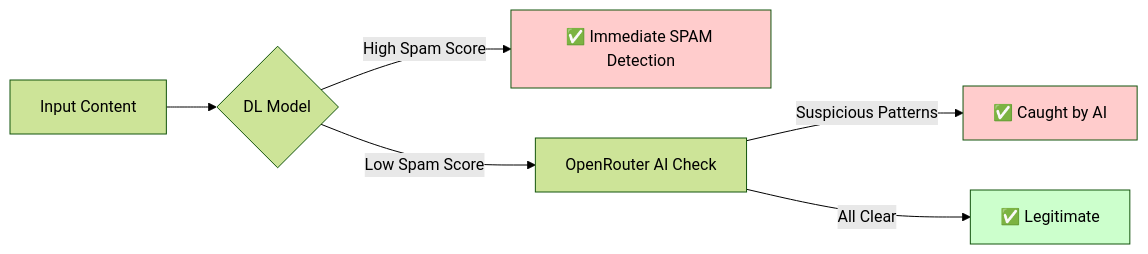
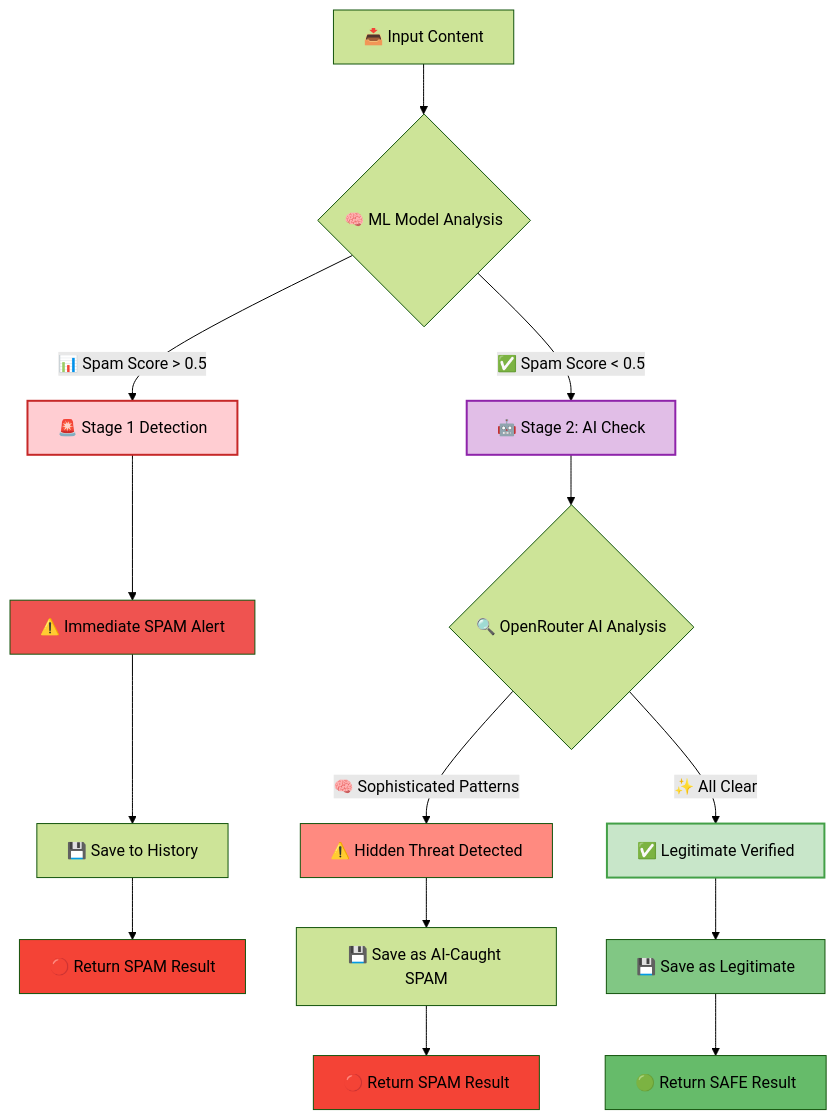
One commit to ubvc04/Spam-Detection changed the fifth of 20 diagrams in README.md. Above: the diagram before and after it, drawn with Mermaid (forest theme). The commit also changed other lines of this file and 3 other files, not shown here.

````diff
--- a/README.md
+++ b/README.md
@@ -156,12 +361,30 @@
 ```mermaid
-graph LR
-    A[Input Content] --> B{DL Model}
-    B -->|High Spam Score| C[✅ Immediate SPAM Detection]
-    B -->|Low Spam Score| D[OpenRouter AI Check]
-    D -->|Suspicious Patterns| E[✅ Caught by AI]
-    D -->|All Clear| F[✅ Legitimate]
+graph TD
+    A[📥 Input Content] --> B{🧠 ML Model Analysis}
     
-    style C fill:#ffcccc
-    style E fill:#ffcccc
-    style F fill:#ccffcc
+    B -->|📊 Spam Score > 0.5| C[🚨 Stage 1 Detection]
+    C --> D[⚠️ Immediate SPAM Alert]
+    D --> E[💾 Save to History]
+    E --> F[🔴 Return SPAM Result]
+    
+    B -->|✅ Spam Score < 0.5| G[🤖 Stage 2: AI Check]
+    G --> H{🔍 OpenRouter AI Analysis}
+    
+    H -->|🧠 Sophisticated Patterns| I[⚠️ Hidden Threat Detected]
+    I --> J[💾 Save as AI-Caught SPAM]
+    J --> K[🔴 Return SPAM Result]
+    
+    H -->|✨ All Clear| L[✅ Legitimate Verified]
+    L --> M[💾 Save as Legitimate]
+    M --> N[🟢 Return SAFE Result]
+    
+    style C fill:#ffcdd2,stroke:#c62828,stroke-width:2px
+    style D fill:#ef5350
+    style F fill:#f44336
+    style G fill:#e1bee7,stroke:#8e24aa,stroke-width:2px
+    style I fill:#ff8a80
+    style K fill:#f44336
+    style L fill:#c8e6c9,stroke:#43a047,stroke-width:2px
+    style M fill:#81c784
+    style N fill:#66bb6a
 ```
````
